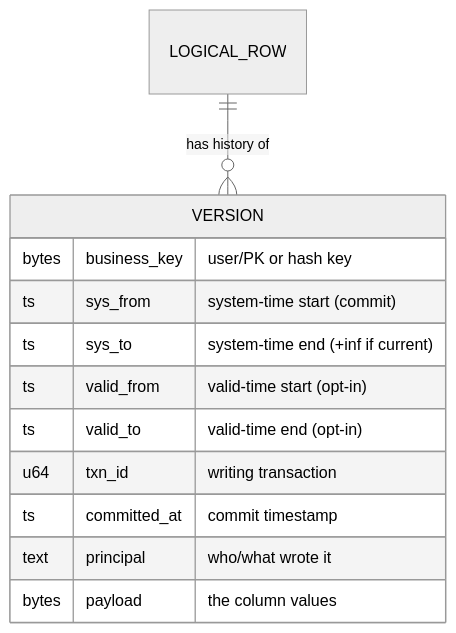
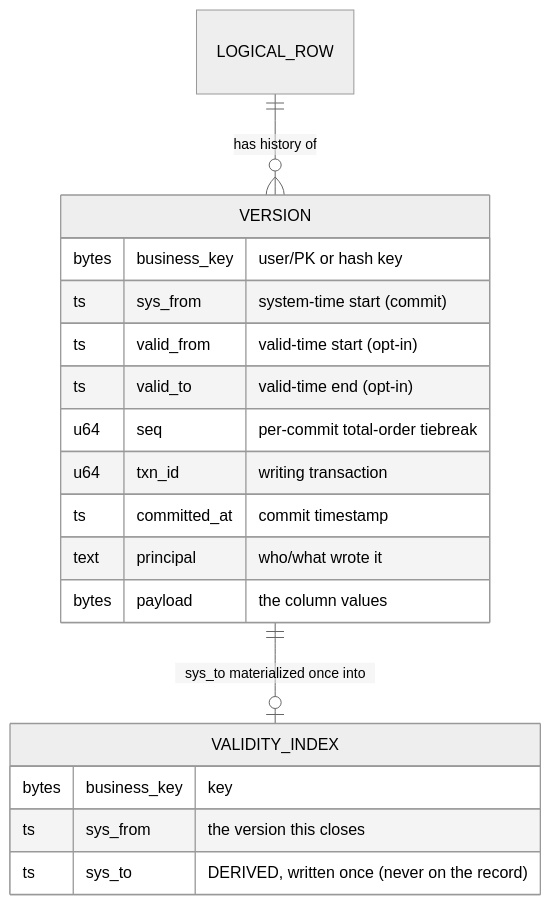
Before and after one commit to fricker-studios/stele-db: the second of 19 diagrams in docs/02-architecture.md, drawn with Mermaid (neutral theme). The commit also changed other lines of this file and 16 other files, not shown here.

````diff
--- a/docs/02-architecture.md
+++ b/docs/02-architecture.md
@@ -92,15 +93,21 @@
 ```mermaid
 erDiagram
     LOGICAL_ROW ||--o{ VERSION : "has history of"
+    VERSION ||--o| VALIDITY_INDEX : "sys_to materialized once into"
     VERSION {
         bytes  business_key      "user/PK or hash key"
         ts     sys_from          "system-time start (commit)"
-        ts     sys_to            "system-time end (+inf if current)"
         ts     valid_from        "valid-time start (opt-in)"
         ts     valid_to          "valid-time end (opt-in)"
+        u64    seq               "per-commit total-order tiebreak"
         u64    txn_id            "writing transaction"
         ts     committed_at      "commit timestamp"
         text   principal         "who/what wrote it"
         bytes  payload           "the column values"
     }
+    VALIDITY_INDEX {
+        bytes  business_key      "key"
+        ts     sys_from          "the version this closes"
+        ts     sys_to            "DERIVED, written once (never on the record)"
+    }
 ```
````
